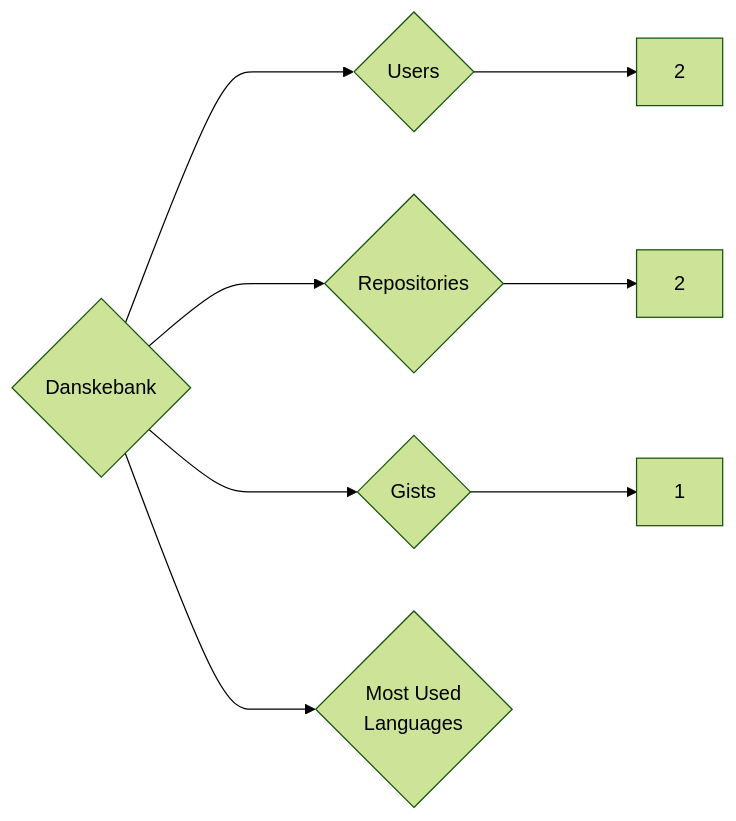
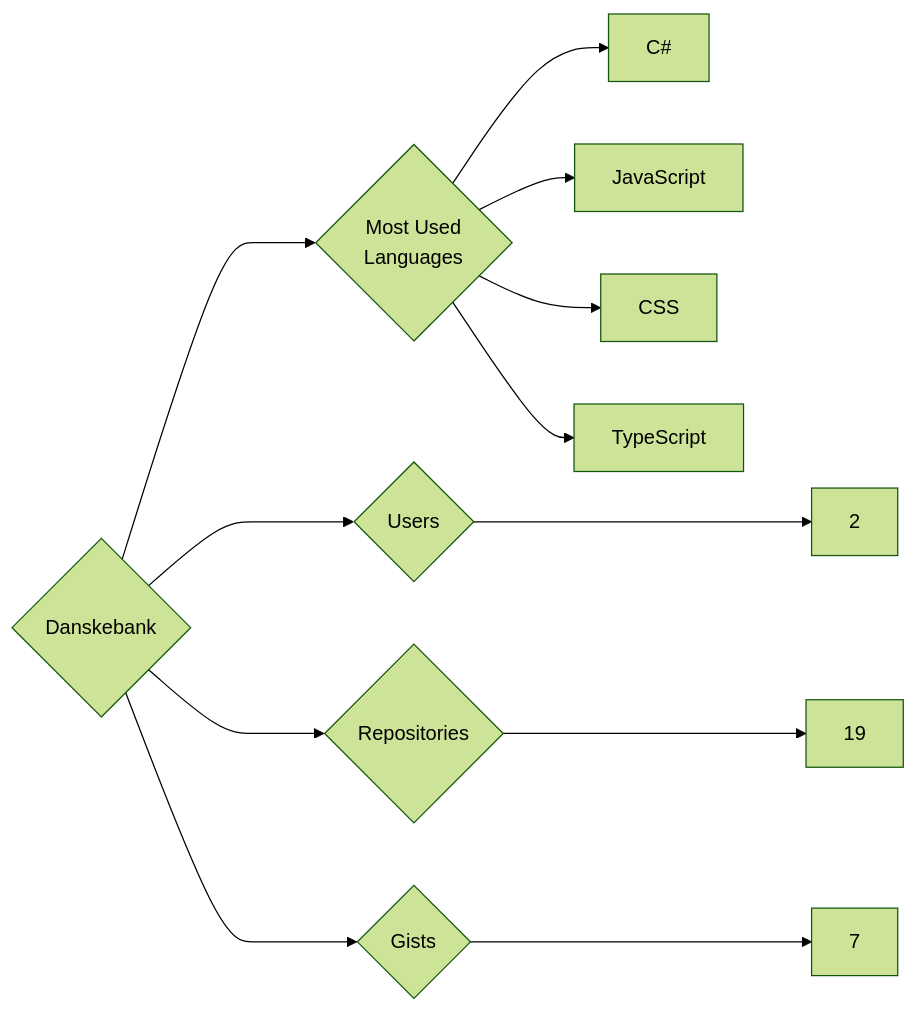
Before and after one commit to trickest/insiders: the diagram in targets/Danskebank/README.md, drawn with Mermaid (forest theme). The commit also changed 1141 other files, not shown here.

````diff
--- a/targets/Danskebank/README.md
+++ b/targets/Danskebank/README.md
@@ -3,8 +3,12 @@
 ```mermaid
 graph LR
 COMPANY_NAME{Danskebank}
 COMPANY_NAME ---> U{Users} ---> UN[2]
-COMPANY_NAME ---> R{Repositories} ---> RN[2]
-COMPANY_NAME ---> G{Gists} ---> GN[1]
+COMPANY_NAME ---> R{Repositories} ---> RN[19]
+COMPANY_NAME ---> G{Gists} ---> GN[7]
 COMPANY_NAME ---> ML{Most Used<br>Languages}
+ML --> C#[C#]
+ML --> JavaScript[JavaScript]
+ML --> CSS[CSS]
+ML --> TypeScript[TypeScript]
 ```
````
